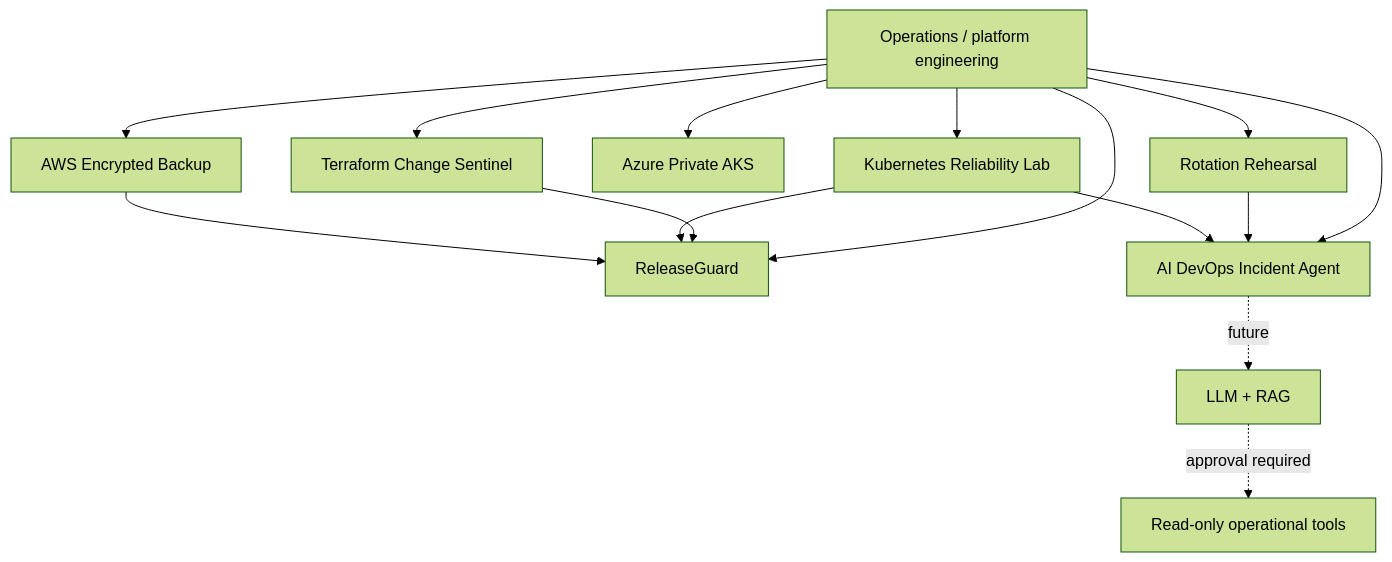
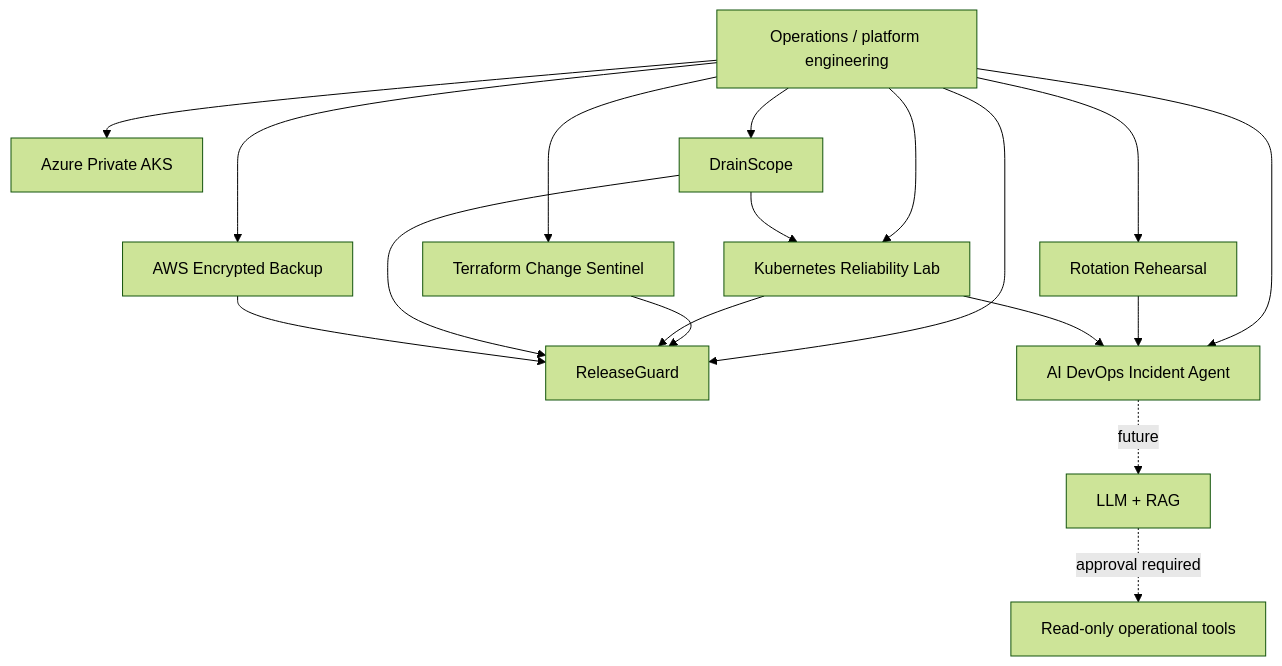
Before and after one commit to veerandrak/devops-project1: the diagram in docs/ARCHITECTURE.md, drawn with Mermaid (forest theme). The commit also changed other lines of this file and 10 other files, not shown here.

First line of the commit message:
Add DrainScope Kubernetes maintenance safety analyzer (#23)

````diff
--- a/docs/ARCHITECTURE.md
+++ b/docs/ARCHITECTURE.md
@@ -5,19 +5,22 @@
 ```mermaid
 flowchart TD
   O[Operations / platform engineering] --> K[Kubernetes Reliability Lab]
   O --> A[AWS Encrypted Backup]
   O --> Z[Azure Private AKS]
   O --> R[ReleaseGuard]
   O --> S[Rotation Rehearsal]
   O --> I[AI DevOps Incident Agent]
   O --> C[Terraform Change Sentinel]
+  O --> D[DrainScope]
 
   C --> R
   K --> R
+  D --> K
+  D --> R
   A --> R
   S --> I
   K --> I
 
   I -. future .-> L[LLM + RAG]
   L -. approval required .-> T[Read-only operational tools]
 ```
````
